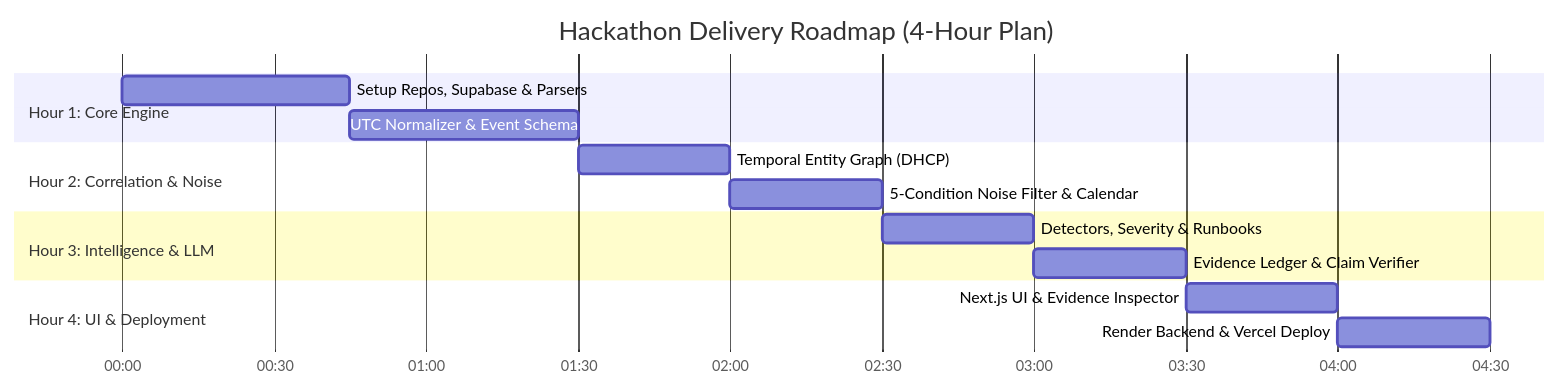
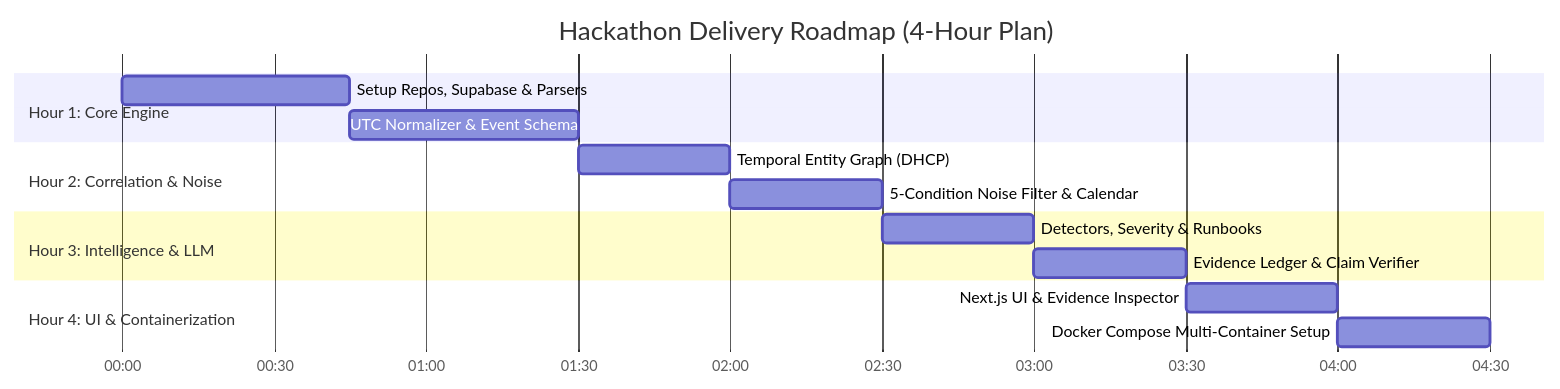
Before and after one commit to BalaajRaza/Techfusion-Hackathon: the third of 3 diagrams in docs/incident_triage_implementation_plan.md, drawn with Mermaid. The commit also changed other lines of this file and 1 other file, not shown here.

First line of the commit message:
Improve Docker deployment configuration

````diff
--- a/docs/incident_triage_implementation_plan.md
+++ b/docs/incident_triage_implementation_plan.md
@@ -615,22 +617,22 @@
 ```mermaid
 gantt
     title Hackathon Delivery Roadmap (4-Hour Plan)
     dateFormat  HH:mm
     axisFormat  %H:%M
     
     section Hour 1: Core Engine
     Setup Repos, Supabase & Parsers       :00:00, 45m
     UTC Normalizer & Event Schema         :00:45, 45m
     
     section Hour 2: Correlation & Noise
     Temporal Entity Graph (DHCP)          :01:30, 30m
     5-Condition Noise Filter & Calendar   :02:00, 30m
     
     section Hour 3: Intelligence & LLM
     Detectors, Severity & Runbooks        :02:30, 30m
     Evidence Ledger & Claim Verifier      :03:00, 30m
     
-    section Hour 4: UI & Deployment
+    section Hour 4: UI & Containerization
     Next.js UI & Evidence Inspector       :03:30, 30m
-    Render Backend & Vercel Deploy        :04:00, 30m
+    Docker Compose Multi-Container Setup  :04:00, 30m
 ```
````
